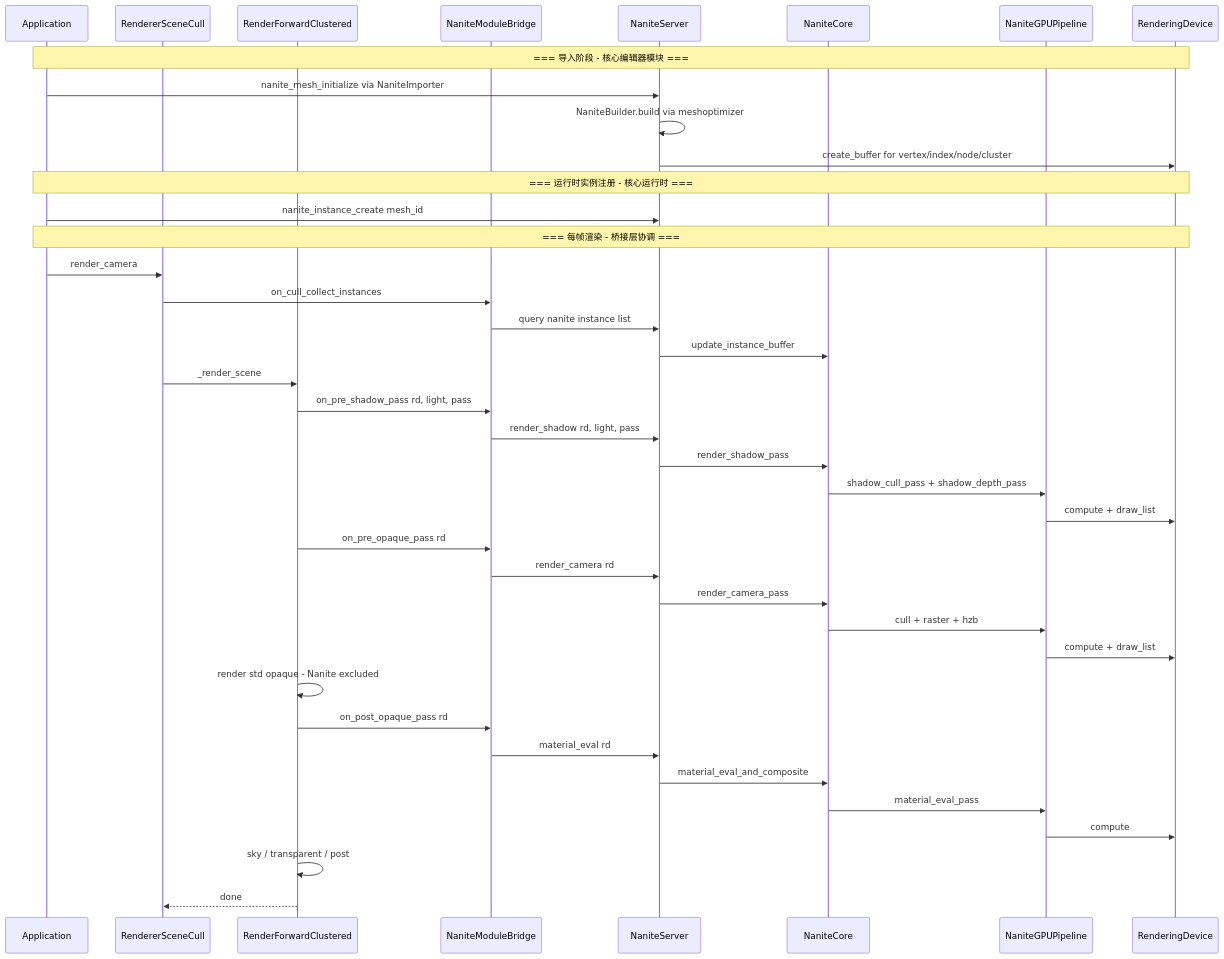
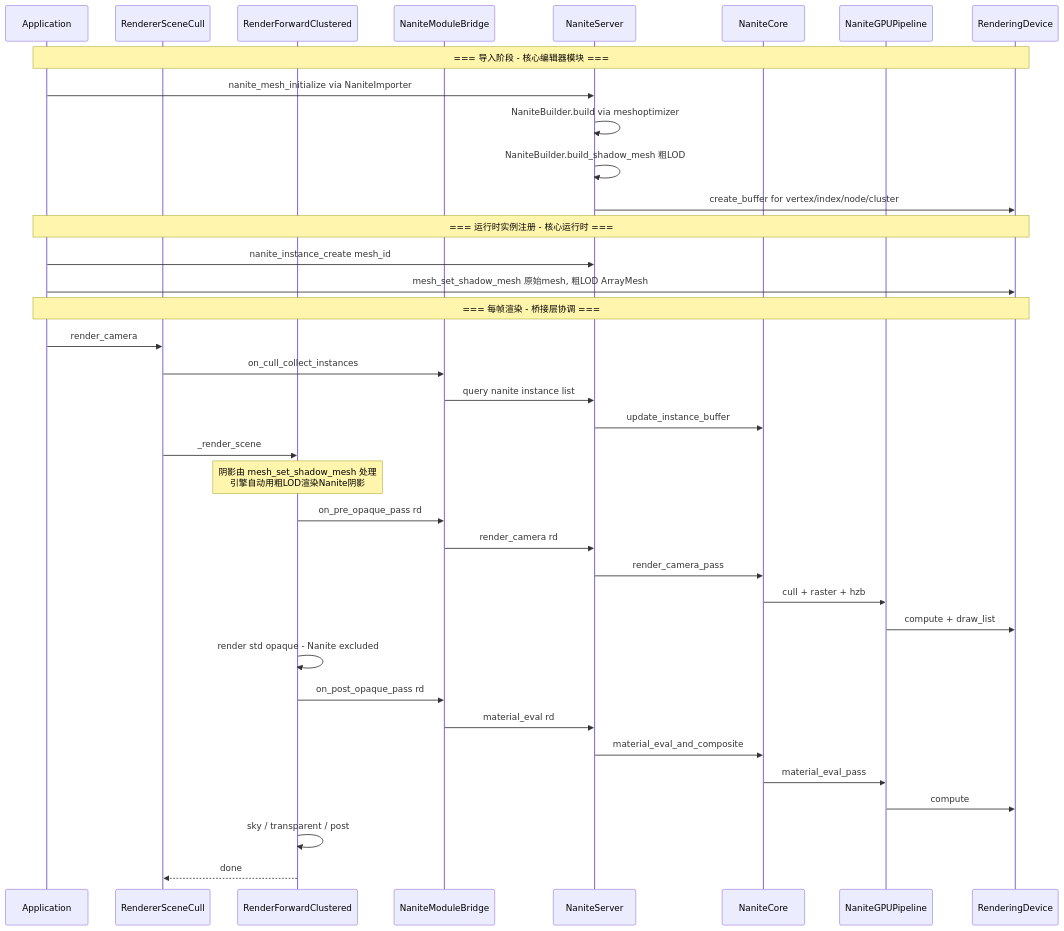
Diagram 29 of 30 in sourcecode_analysis/nanite-godot-design.md (alonecat06/godot), drawn with Mermaid before and after one commit. The commit also changed other lines of this file, not shown here.

Commit message:
feat: Godot Nanite Implementation Schemes

````diff
--- a/sourcecode_analysis/nanite-godot-design.md
+++ b/sourcecode_analysis/nanite-godot-design.md
@@ -3021,49 +3028,47 @@
 ```mermaid
 sequenceDiagram
     participant App as Application
     participant Cull as RendererSceneCull
     participant FC as RenderForwardClustered
     participant Bridge as NaniteModuleBridge
     participant Server as NaniteServer
     participant Core as NaniteCore
     participant GPU as NaniteGPUPipeline
     participant RD as RenderingDevice
 
     Note over App,RD: === 导入阶段 - 核心编辑器模块 ===
     App->>Server: nanite_mesh_initialize via NaniteImporter
     Server->>Server: NaniteBuilder.build via meshoptimizer
+    Server->>Server: NaniteBuilder.build_shadow_mesh 粗LOD
     Server->>RD: create_buffer for vertex/index/node/cluster
 
     Note over App,RD: === 运行时实例注册 - 核心运行时 ===
     App->>Server: nanite_instance_create mesh_id
+    App->>RD: mesh_set_shadow_mesh 原始mesh, 粗LOD ArrayMesh
 
     Note over App,RD: === 每帧渲染 - 桥接层协调 ===
     App->>Cull: render_camera
     Cull->>Bridge: on_cull_collect_instances
     Bridge->>Server: query nanite instance list
     Server->>Core: update_instance_buffer
     Cull->>FC: _render_scene
 
-    FC->>Bridge: on_pre_shadow_pass rd, light, pass
-    Bridge->>Server: render_shadow rd, light, pass
-    Server->>Core: render_shadow_pass
-    Core->>GPU: shadow_cull_pass + shadow_depth_pass
-    GPU->>RD: compute + draw_list
+    Note over FC: 阴影由 mesh_set_shadow_mesh 处理<br/>引擎自动用粗LOD渲染Nanite阴影
 
     FC->>Bridge: on_pre_opaque_pass rd
     Bridge->>Server: render_camera rd
     Server->>Core: render_camera_pass
     Core->>GPU: cull + raster + hzb
     GPU->>RD: compute + draw_list
 
     FC->>FC: render std opaque - Nanite excluded
 
     FC->>Bridge: on_post_opaque_pass rd
     Bridge->>Server: material_eval rd
     Server->>Core: material_eval_and_composite
     Core->>GPU: material_eval_pass
     GPU->>RD: compute
 
     FC->>FC: sky / transparent / post
     FC-->>Cull: done
 ```
````
